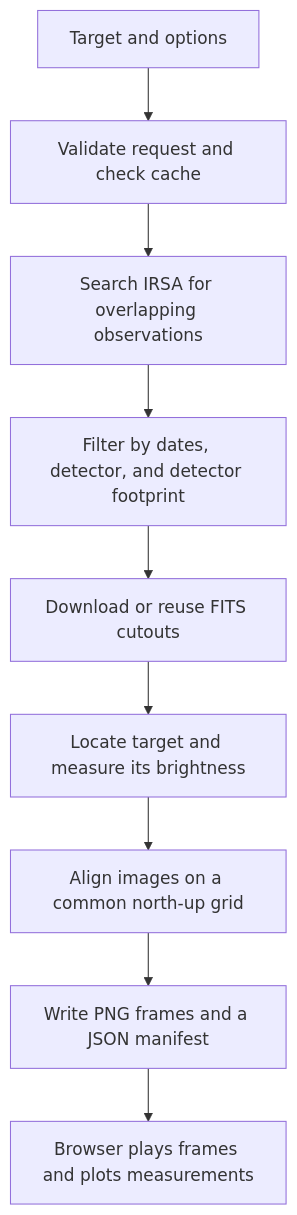
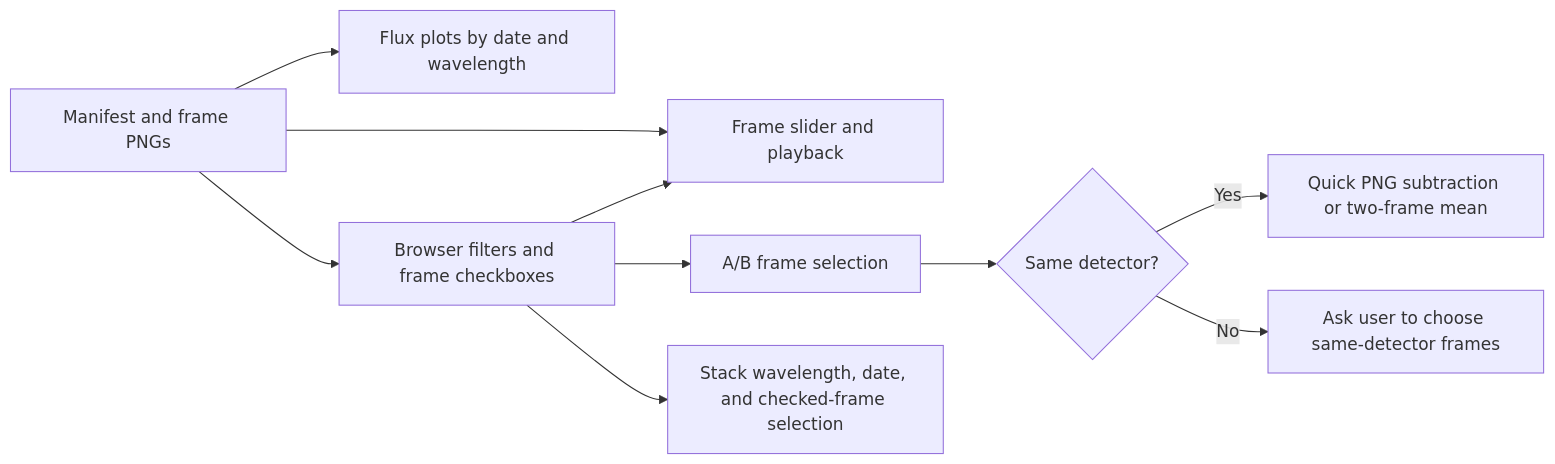
One commit to argonauts-3/argonauts_sphereX_data_analysis_tool changed the third of 4 diagrams in PROCESSING.md. Above: the diagram before and after it, drawn with Mermaid. The commit also changed other lines of this file and 11 other files, not shown here.

````diff
--- a/PROCESSING.md
+++ b/PROCESSING.md
@@ -11,11 +67,12 @@
 ```mermaid
-flowchart TD
-    A[Target and options] --> B[Validate request and check cache]
-    B --> C[Search IRSA for overlapping observations]
-    C --> D[Filter by dates, detector, and detector footprint]
-    D --> E[Download or reuse FITS cutouts]
-    E --> F[Locate target and measure its brightness]
-    F --> G[Align images on a common north-up grid]
-    G --> H[Write PNG frames and a JSON manifest]
-    H --> I[Browser plays frames and plots measurements]
+flowchart LR
+    MAN[Manifest and frame PNGs] --> MOVIE[Frame slider and playback]
+    MAN --> PLOTS[Flux plots by date and wavelength]
+    MAN --> FILTER[Browser filters and frame checkboxes]
+    FILTER --> MOVIE
+    FILTER --> AB[A/B frame selection]
+    AB --> SAME{Same detector?}
+    SAME -- Yes --> COMPARE[Quick PNG subtraction or two-frame mean]
+    SAME -- No --> WARN[Ask user to choose same-detector frames]
+    FILTER --> STACKSEL[Stack wavelength, date, and checked-frame selection]
 ```
````
